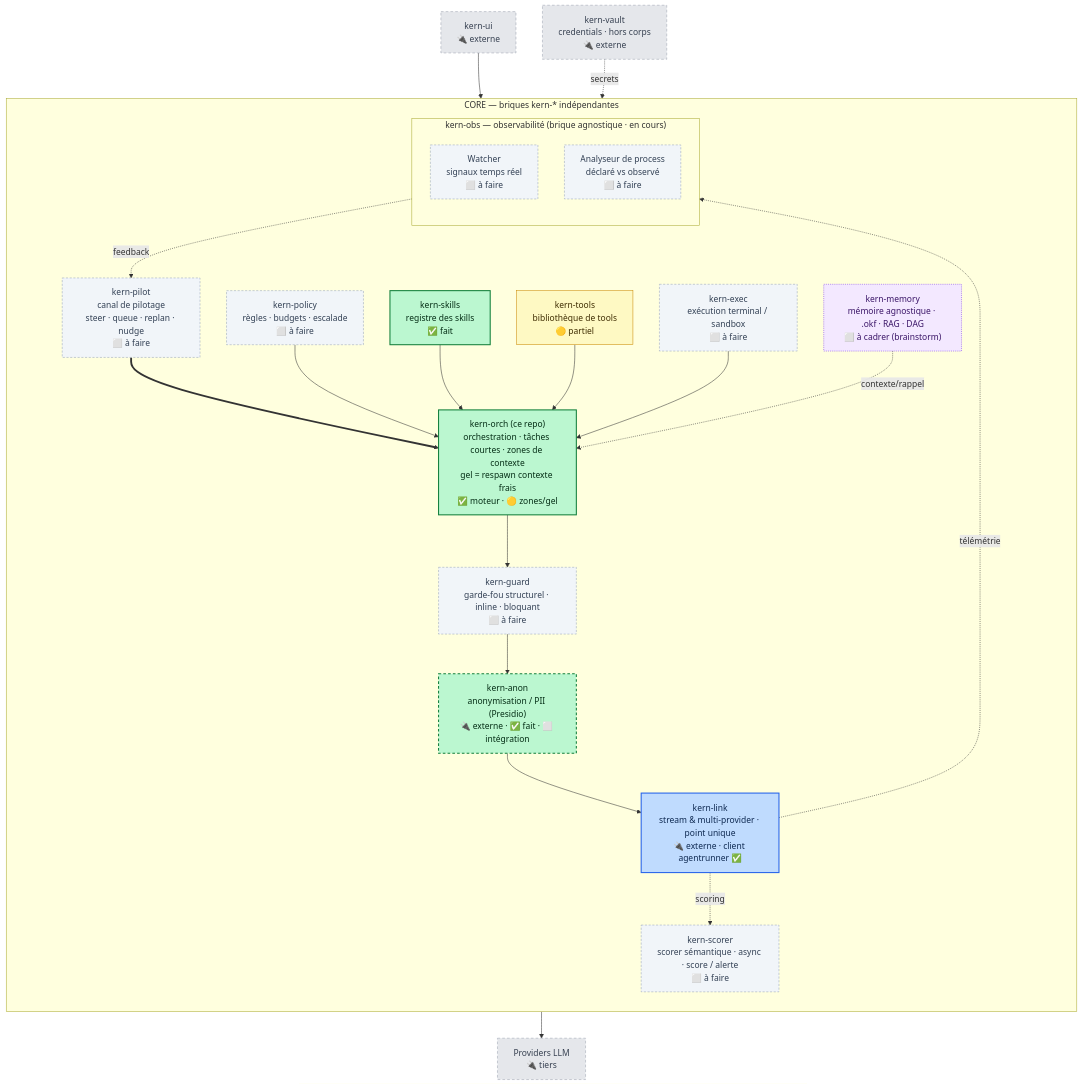
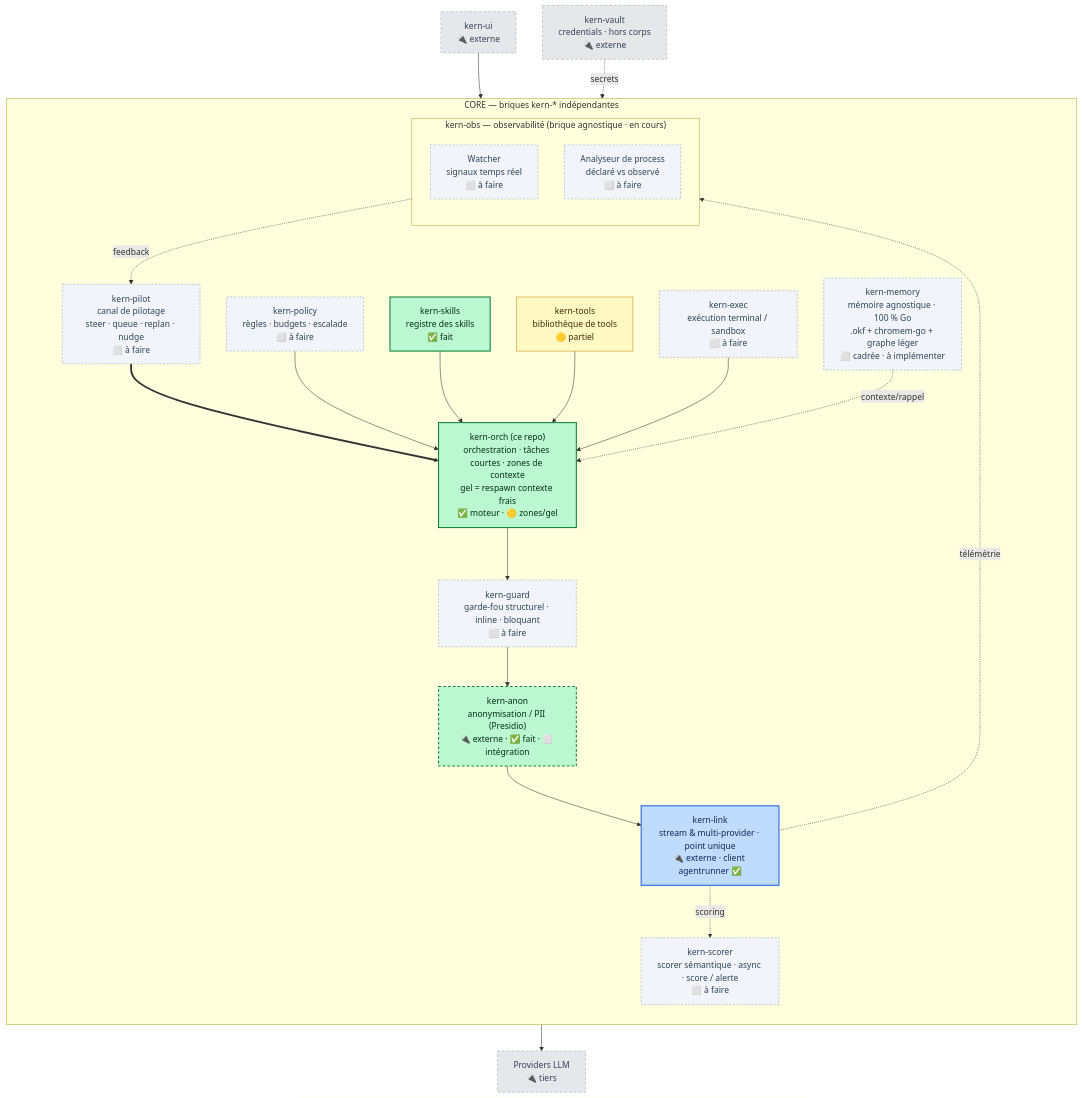
Before and after one commit to kern-ia/Kern-Orch: the diagram in ROADMAP.md, drawn with Mermaid. The commit also changed other lines of this file and 1 other file, not shown here.

First line of the commit message:
docs(epic-13): décisions brainstorm kern-memory (100% Go)

````diff
--- a/ROADMAP.md
+++ b/ROADMAP.md
@@ -48,49 +48,49 @@
 ```mermaid
 flowchart TB
   UI["kern-ui<br/>🔌 externe"]:::ext
 
   subgraph CORE["CORE — briques kern-* indépendantes"]
     direction TB
     PILOT["kern-pilot<br/>canal de pilotage<br/>steer · queue · replan · nudge<br/>⬜ à faire"]:::todo
     ORCH["kern-orch (ce repo)<br/>orchestration · tâches courtes · zones de contexte<br/>gel = respawn contexte frais<br/>✅ moteur · 🟡 zones/gel"]:::done
     SKILLS["kern-skills<br/>registre des skills<br/>✅ fait"]:::done
     TOOLS["kern-tools<br/>bibliothèque de tools<br/>🟡 partiel"]:::partial
-    MEM["kern-memory<br/>mémoire agnostique · .okf · RAG · DAG<br/>⬜ à cadrer (brainstorm)"]:::brainstorm
+    MEM["kern-memory<br/>mémoire agnostique · 100 % Go<br/>.okf + chromem-go + graphe léger<br/>⬜ cadrée · à implémenter"]:::todo
     EXEC["kern-exec<br/>exécution terminal / sandbox<br/>⬜ à faire"]:::todo
     POL["kern-policy<br/>règles · budgets · escalade<br/>⬜ à faire"]:::todo
     GUARD["kern-guard<br/>garde-fou structurel · inline · bloquant<br/>⬜ à faire"]:::todo
     PII["kern-anon<br/>anonymisation / PII (Presidio)<br/>🔌 externe · ✅ fait · ⬜ intégration"]:::extdone
     LINK["kern-link<br/>stream &amp; multi-provider · point unique<br/>🔌 externe · client agentrunner ✅"]:::link
     SCORER["kern-scorer<br/>scorer sémantique · async · score / alerte<br/>⬜ à faire"]:::todo
 
     subgraph OBS["kern-obs — observabilité (brique agnostique · en cours)"]
       direction TB
       WATCH["Watcher<br/>signaux temps réel<br/>⬜ à faire"]:::todo
       ANA["Analyseur de process<br/>déclaré vs observé<br/>⬜ à faire"]:::todo
     end
   end
 
   VAULT["kern-vault<br/>credentials · hors corps<br/>🔌 externe"]:::ext
   PROV["Providers LLM<br/>🔌 tiers"]:::ext
 
   UI --> PILOT
   PILOT ==> ORCH
   POL --> ORCH
   SKILLS --> ORCH
   TOOLS --> ORCH
   EXEC --> ORCH
   MEM -. contexte/rappel .-> ORCH
   ORCH --> GUARD --> PII --> LINK --> PROV
   OBS -. feedback .-> PILOT
   LINK -. télémétrie .-> OBS
   LINK -. scoring .-> SCORER
   VAULT -. secrets .-> LINK
 
   classDef done fill:#bbf7d0,stroke:#15803d,color:#052e16,stroke-width:2px;
   classDef partial fill:#fef9c3,stroke:#ca8a04,color:#3f2d02;
   classDef todo fill:#f1f5f9,stroke:#94a3b8,color:#334155,stroke-dasharray:4 3;
   classDef link fill:#bfdbfe,stroke:#2563eb,color:#0f2a52,stroke-width:2px;
   classDef brainstorm fill:#f3e8ff,stroke:#7c3aed,color:#3b1668,stroke-dasharray:2 2;
   classDef extdone fill:#bbf7d0,stroke:#15803d,color:#052e16,stroke-width:2px,stroke-dasharray:5 4;
   classDef ext fill:#e5e7eb,stroke:#9ca3af,color:#374151,stroke-dasharray:5 4;
 ```
````
